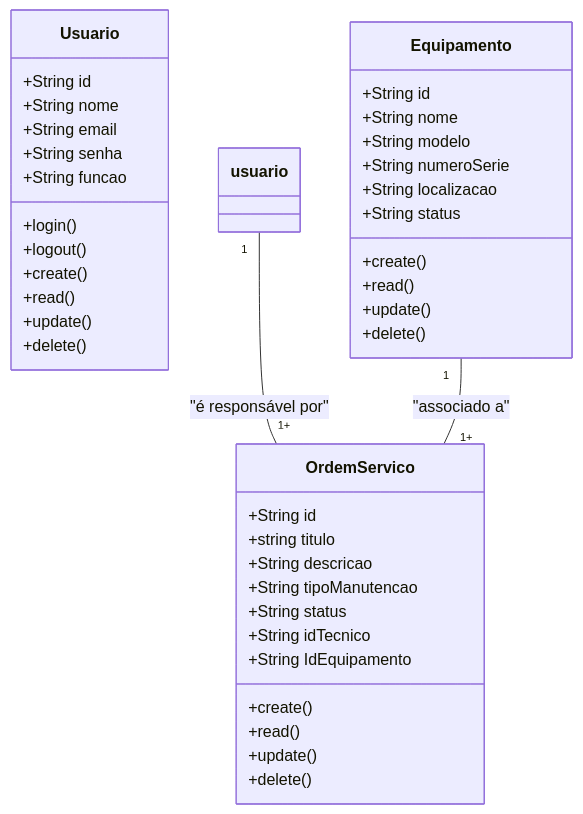
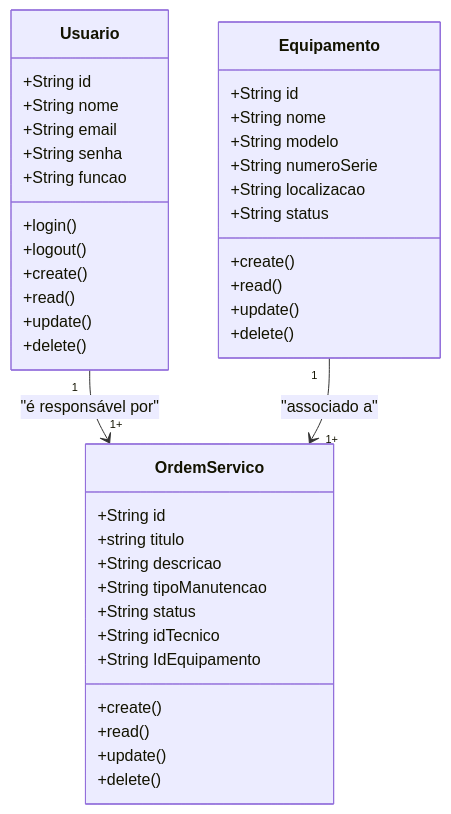
The diagram in FrameWorks/Next/formativa-sgm/README.md (mary-silva2007/CursoFrontEnd-1), drawn with Mermaid before and after one commit.

````diff
--- a/FrameWorks/Next/formativa-sgm/README.md
+++ b/FrameWorks/Next/formativa-sgm/README.md
@@ -27,49 +27,49 @@
 ```mermaid
 
 classDiagram
 
     class Usuario{
         +String id
         +String nome
         +String email
         +String senha
         +String funcao
         +login()
         +logout()
         +create()
         +read()
         +update()
         +delete()
     }
 
     class Equipamento{
         +String id
         +String nome
         +String modelo
         +String numeroSerie
         +String localizacao
         +String status
         +create()
         +read()
         +update()
         +delete()
     }
 
     class OrdemServico{
         +String id
         +string titulo
         +String descricao
         +String tipoManutencao
         +String status
         +String idTecnico
         +String IdEquipamento
         +create()
         +read()
         +update()
         +delete()  
     }
 
-    usuario "1" -- "1+" OrdemServico: "é responsável por"
-    Equipamento "1" -- "1+" OrdemServico: "associado a"
+    Usuario "1" --> "1+" OrdemServico: "é responsável por"
+    Equipamento "1" --> "1+" OrdemServico: "associado a"
 
 ```
````
